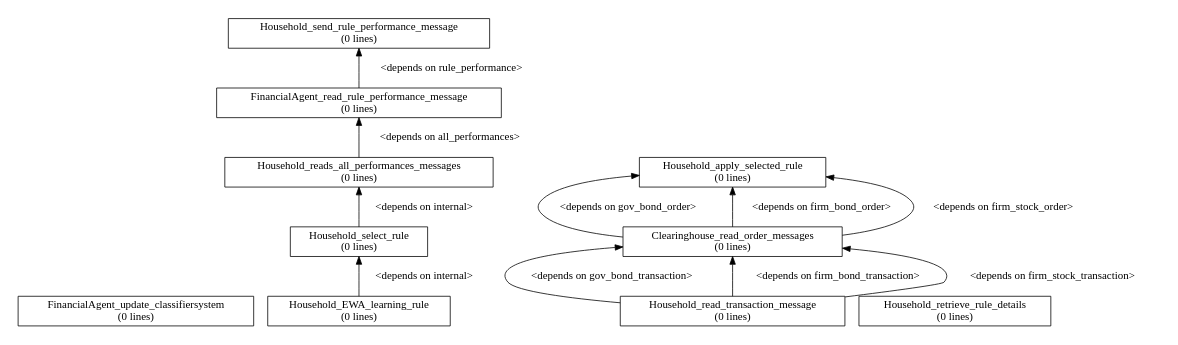
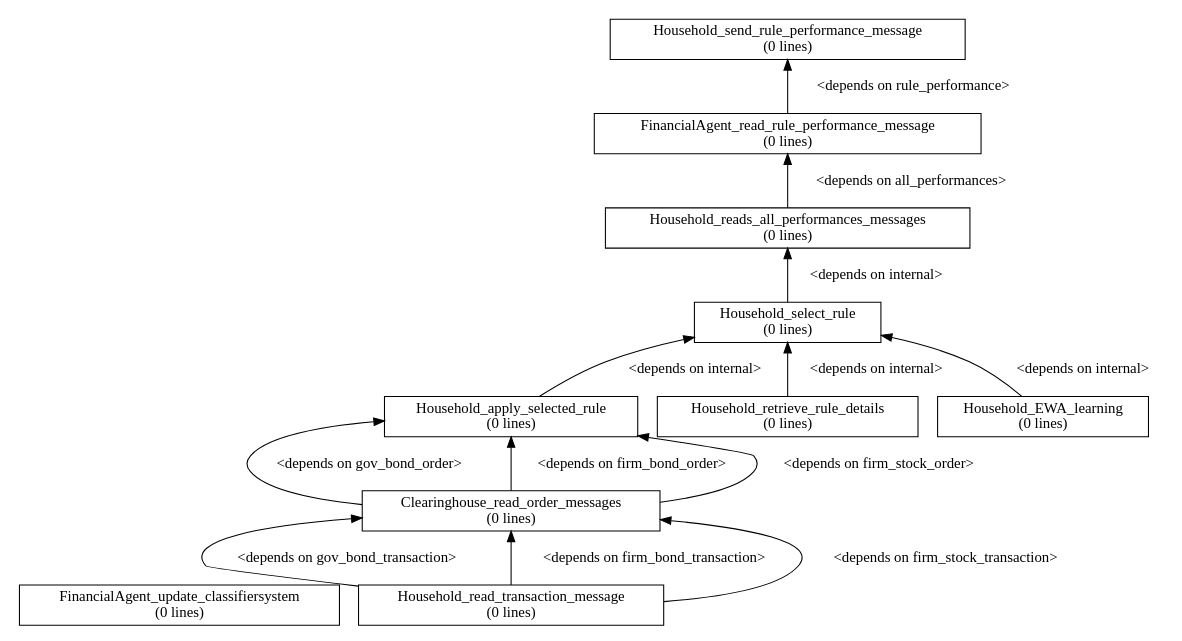
The diagram in models/AFM/afm_branches/initial/portfolio_selection_ewa/dgraph.dot (ETACE/EURACE), drawn with Graphviz before and after one commit. The commit also changed 8 other files, not shown here.

Commit message:
Added internal dependency in household functions and did another run on parser

```diff
--- a/models/AFM/afm_branches/initial/portfolio_selection_ewa/dgraph.dot
+++ b/models/AFM/afm_branches/initial/portfolio_selection_ewa/dgraph.dot
@@ -1,29 +1,31 @@
 digraph dependency_graph {
 	rankdir=BT;
 	size="8,5;"
 	node [shape = rect];
 	
 	/* Functions */
 	FinancialAgent_update_classifiersystem[height = 0.000000, label = "FinancialAgent_update_classifiersystem\n(0 lines)"]
 	FinancialAgent_read_rule_performance_message[height = 0.000000, label = "FinancialAgent_read_rule_performance_message\n(0 lines)"]
 	Clearinghouse_read_order_messages[height = 0.000000, label = "Clearinghouse_read_order_messages\n(0 lines)"]
 	Household_read_transaction_message[height = 0.000000, label = "Household_read_transaction_message\n(0 lines)"]
 	Household_apply_selected_rule[height = 0.000000, label = "Household_apply_selected_rule\n(0 lines)"]
 	Household_retrieve_rule_details[height = 0.000000, label = "Household_retrieve_rule_details\n(0 lines)"]
-	Household_EWA_learning_rule[height = 0.000000, label = "Household_EWA_learning_rule\n(0 lines)"]
+	Household_EWA_learning[height = 0.000000, label = "Household_EWA_learning\n(0 lines)"]
 	Household_select_rule[height = 0.000000, label = "Household_select_rule\n(0 lines)"]
 	Household_reads_all_performances_messages[height = 0.000000, label = "Household_reads_all_performances_messages\n(0 lines)"]
 	Household_send_rule_performance_message[height = 0.000000, label = "Household_send_rule_performance_message\n(0 lines)"]
 	
 	/* Dependencies */
 	FinancialAgent_read_rule_performance_message -> Household_send_rule_performance_message [ label = "<depends on rule_performance>" ];
 	Clearinghouse_read_order_messages -> Household_apply_selected_rule [ label = "<depends on gov_bond_order>" ];
 	Clearinghouse_read_order_messages -> Household_apply_selected_rule [ label = "<depends on firm_bond_order>" ];
 	Clearinghouse_read_order_messages -> Household_apply_selected_rule [ label = "<depends on firm_stock_order>" ];
 	Household_read_transaction_message -> Clearinghouse_read_order_messages [ label = "<depends on gov_bond_transaction>" ];
 	Household_read_transaction_message -> Clearinghouse_read_order_messages [ label = "<depends on firm_bond_transaction>" ];
 	Household_read_transaction_message -> Clearinghouse_read_order_messages [ label = "<depends on firm_stock_transaction>" ];
-	Household_EWA_learning_rule -> Household_select_rule [ label = "<depends on internal>" ];
+	Household_apply_selected_rule -> Household_select_rule [ label = "<depends on internal>" ];
+	Household_retrieve_rule_details -> Household_select_rule [ label = "<depends on internal>" ];
+	Household_EWA_learning -> Household_select_rule [ label = "<depends on internal>" ];
 	Household_select_rule -> Household_reads_all_performances_messages [ label = "<depends on internal>" ];
 	Household_reads_all_performances_messages -> FinancialAgent_read_rule_performance_message [ label = "<depends on all_performances>" ];
 }
```
